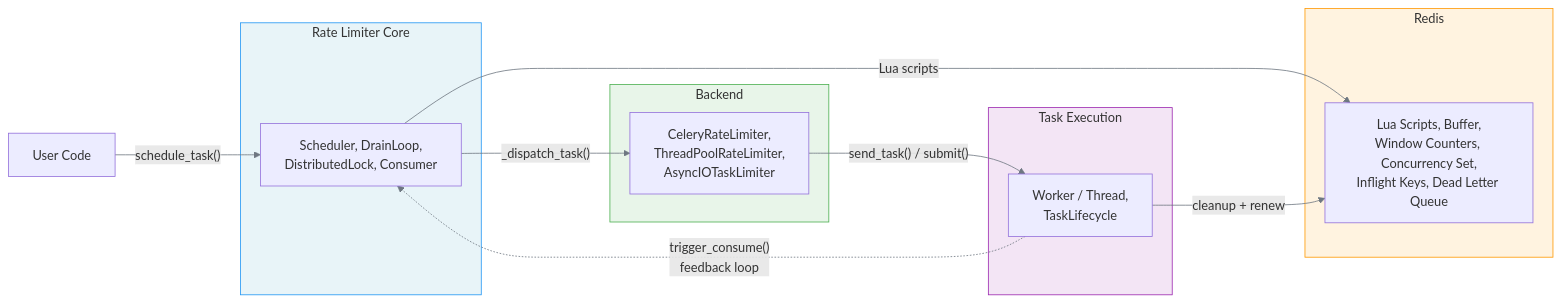
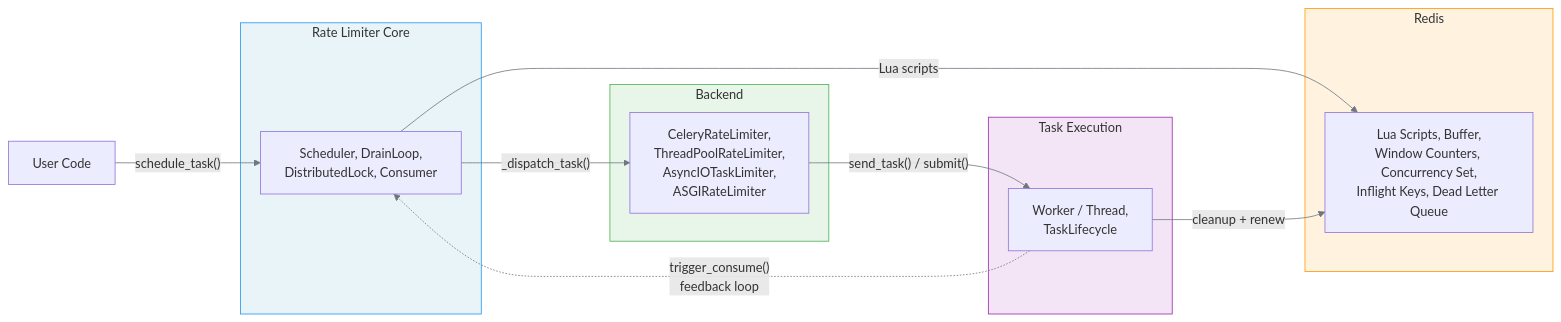
Before and after one commit to melroy999/redis-rate-limiter: the first of 4 diagrams in docs/architecture/components.md, drawn with Mermaid. The commit also changed other lines of this file and 26 other files, not shown here.

````diff
--- a/docs/architecture/components.md
+++ b/docs/architecture/components.md
@@ -13,33 +13,33 @@
 ```mermaid
 %%{init: {"theme": "default", "themeVariables": {"lineColor": "#6e7781"}}}%%
 graph LR
     User["User Code"]
 
     subgraph Limiter ["Rate Limiter Core"]
         LimiterBlock["Scheduler, DrainLoop,<br>DistributedLock, Consumer"]
     end
 
     subgraph RedisLayer ["Redis"]
         RedisBlock["Lua Scripts, Buffer,<br>Window Counters, Concurrency Set,<br>Inflight Keys, Dead Letter Queue"]
     end
 
     subgraph Backends ["Backend"]
-        BackendBlock["CeleryRateLimiter,<br>ThreadPoolRateLimiter,<br>AsyncIOTaskLimiter"]
+        BackendBlock["CeleryRateLimiter,<br>ThreadPoolRateLimiter,<br>AsyncIOTaskLimiter,<br>ASGIRateLimiter"]
     end
 
     subgraph Execution ["Task Execution"]
         ExecBlock["Worker / Thread,<br>TaskLifecycle"]
     end
 
     User -->|"schedule_task()"| LimiterBlock
     LimiterBlock -->|"Lua scripts"| RedisBlock
     LimiterBlock -->|"_dispatch_task()"| BackendBlock
     BackendBlock -->|"send_task() / submit()"| ExecBlock
     ExecBlock -->|"cleanup + renew"| RedisBlock
     ExecBlock -.->|"trigger_consume()<br>feedback loop"| LimiterBlock
 
     style Limiter fill:#e8f4f8,stroke:#2196F3
     style RedisLayer fill:#fff3e0,stroke:#FF9800
     style Backends fill:#e8f5e9,stroke:#4CAF50
     style Execution fill:#f3e5f5,stroke:#9C27B0
 ```
````
